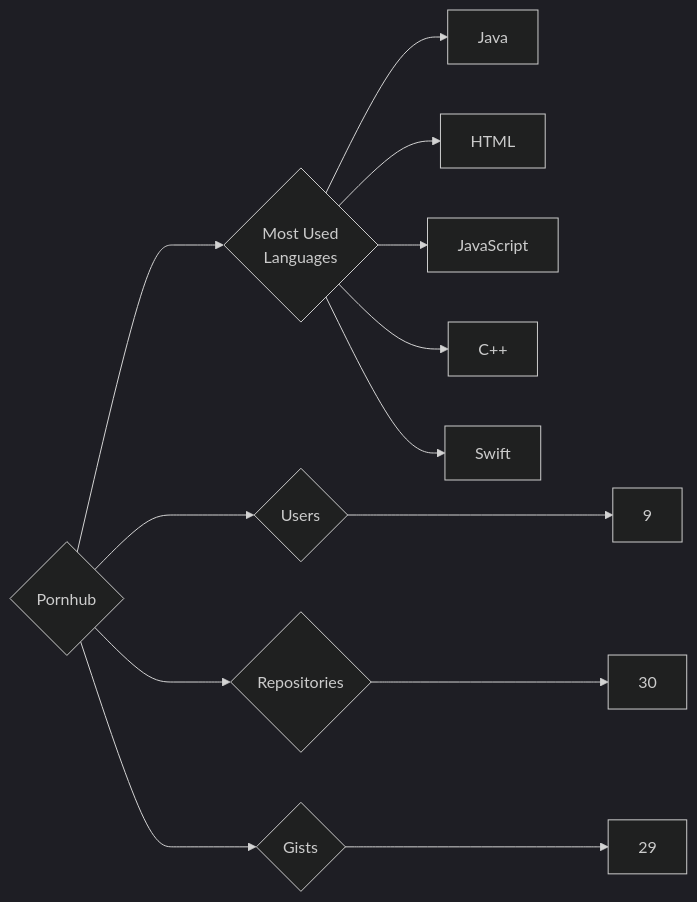
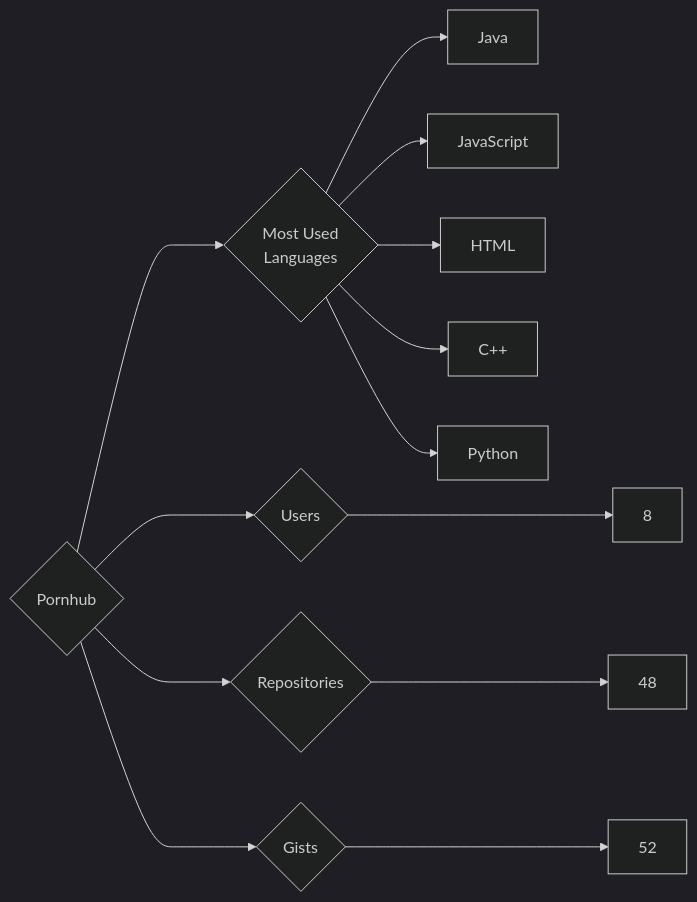
One commit to trickest/insiders changed the diagram in targets/Pornhub/README.md. Above: the diagram before and after it, drawn with Mermaid (dark theme). The commit also changed 948 other files, not shown here.

````diff
--- a/targets/Pornhub/README.md
+++ b/targets/Pornhub/README.md
@@ -3,13 +3,13 @@
 ```mermaid
 graph LR
 COMPANY_NAME{Pornhub}
-COMPANY_NAME ---> U{Users} ---> UN[9]
-COMPANY_NAME ---> R{Repositories} ---> RN[30]
-COMPANY_NAME ---> G{Gists} ---> GN[29]
+COMPANY_NAME ---> U{Users} ---> UN[8]
+COMPANY_NAME ---> R{Repositories} ---> RN[48]
+COMPANY_NAME ---> G{Gists} ---> GN[52]
 COMPANY_NAME ---> ML{Most Used<br>Languages}
 ML --> Java[Java]
+ML --> JavaScript[JavaScript]
 ML --> HTML[HTML]
-ML --> JavaScript[JavaScript]
 ML --> C++[C++]
-ML --> Swift[Swift]
+ML --> Python[Python]
 ```
````
